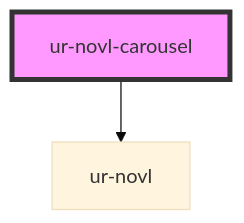
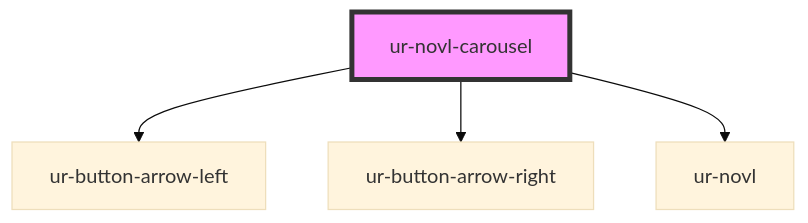
One commit to hellish/urnovl-web-components changed the diagram in src/components/ur-novl-carousel/readme.md. Above: the diagram before and after it, drawn with Mermaid (base theme). The commit also changed other lines of this file and 23 other files, not shown here.

````diff
--- a/src/components/ur-novl-carousel/readme.md
+++ b/src/components/ur-novl-carousel/readme.md
@@ -26,5 +29,7 @@
 ```mermaid
 graph TD;
+  ur-novl-carousel --> ur-button-arrow-left
+  ur-novl-carousel --> ur-button-arrow-right
   ur-novl-carousel --> ur-novl
   style ur-novl-carousel fill:#f9f,stroke:#333,stroke-width:4px
 ```
````
